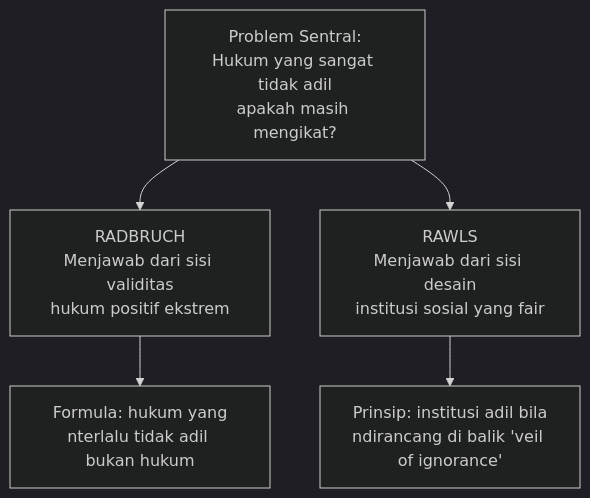
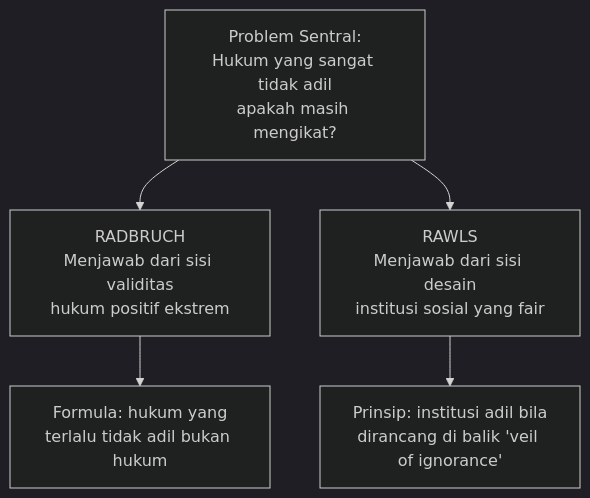
One commit to hifdzimaulana/beate-vivere changed the fifth of 10 diagrams in content/Lectures/filsafat-hukum-postmidterm.md. Above: the diagram before and after it, drawn with Mermaid (dark theme). The commit also changed other lines of this file and 1 other file, not shown here.

````diff
--- a/content/Lectures/filsafat-hukum-postmidterm.md
+++ b/content/Lectures/filsafat-hukum-postmidterm.md
@@ -340,16 +325,10 @@
 ```mermaid
 graph TD
-    A["Problem Sentral:
-Hukum yang sangat tidak adil
-apakah masih mengikat?"]
-    B["RADBRUCH
-Menjawab dari sisi validitas
-hukum positif ekstrem"]
-    C["RAWLS
-Menjawab dari sisi desain
-institusi sosial yang fair"]
+    A["Problem Sentral:</br>Hukum yang sangat tidak adil</br>apakah masih mengikat?"]
+    B["RADBRUCH</br>Menjawab dari sisi validitas</br>hukum positif ekstrem"]
+    C["RAWLS</br>Menjawab dari sisi desain</br>institusi sosial yang fair"]
     A --> B
     A --> C
-    B --> D["Formula: hukum yang<br/>nterlalu tidak adil bukan hukum"]
-    C --> E["Prinsip: institusi adil bila<br/>ndirancang di balik 'veil of ignorance'"]
+    B --> D["Formula: hukum yang</br>terlalu tidak adil bukan hukum"]
+    C --> E["Prinsip: institusi adil bila</br>dirancang di balik 'veil of ignorance'"]
 ```
````
